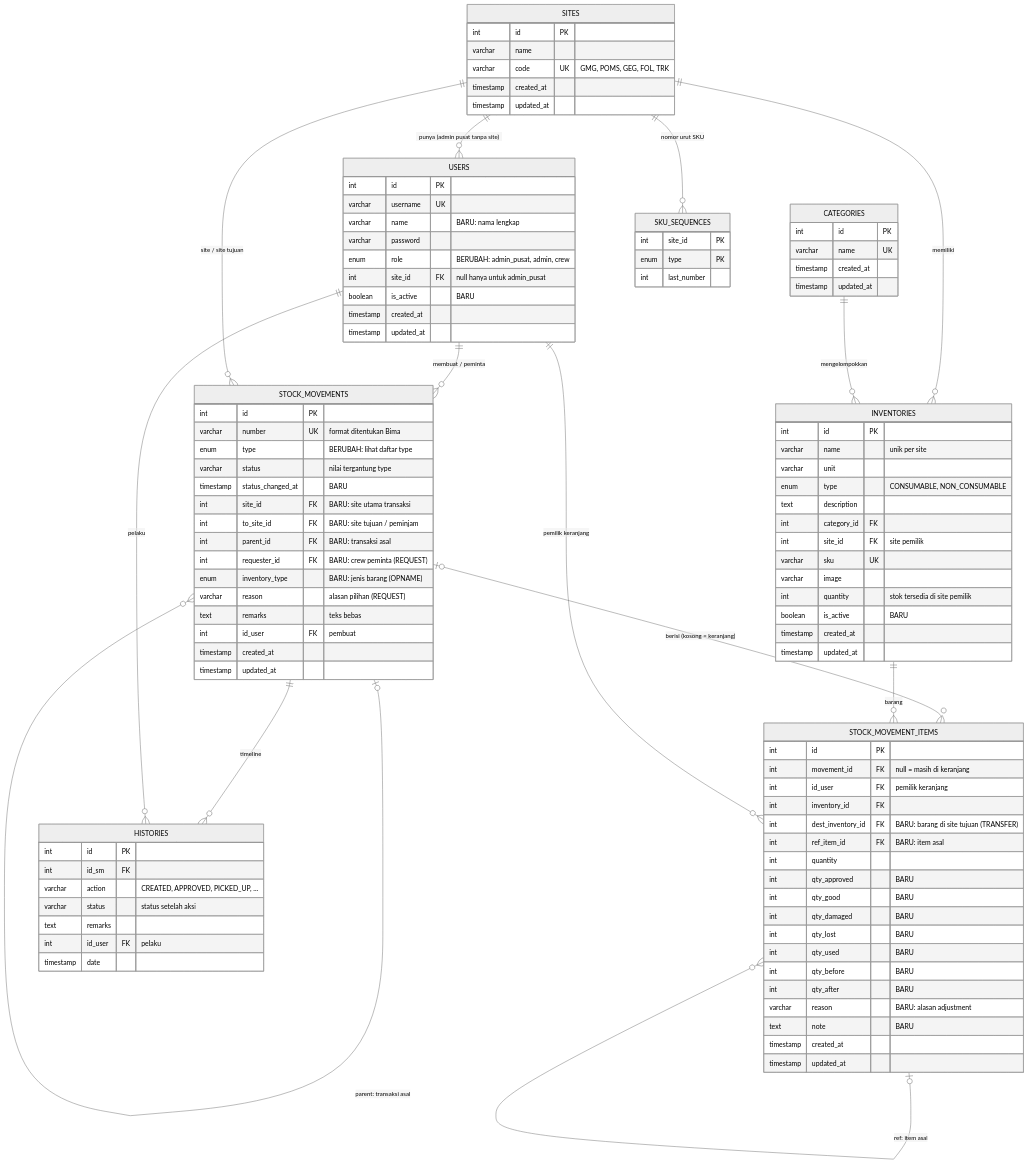
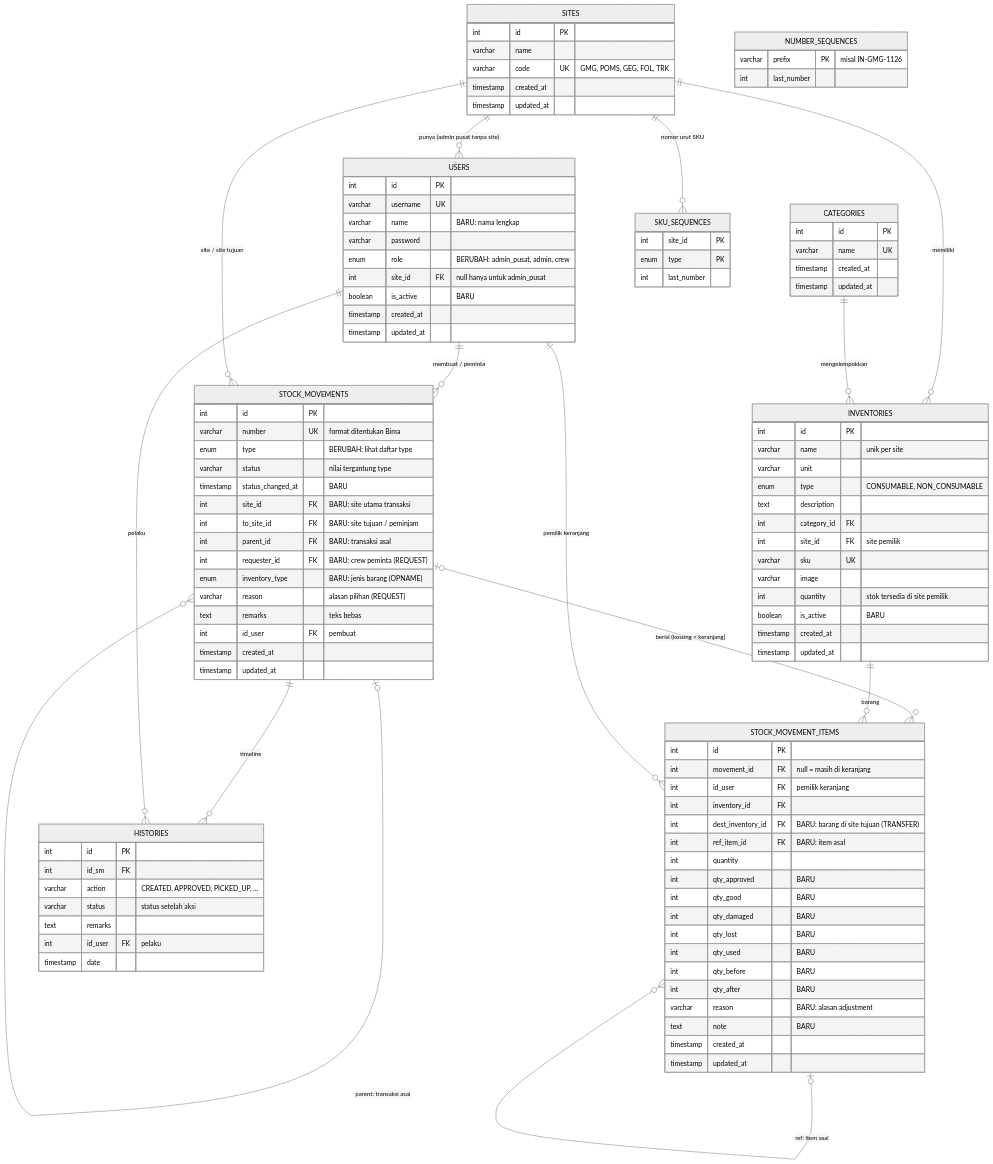
Before and after one commit to bimaandika/inventory-app: the diagram in docs/erd.md, drawn with Mermaid (neutral theme). The commit also changed other lines of this file and 13 other files, not shown here.

```diff
--- a/docs/erd.md
+++ b/docs/erd.md
@@ -66,6 +66,10 @@
     enum type PK
     int last_number
   }
+  NUMBER_SEQUENCES {
+    varchar prefix PK "misal IN-GMG-1126"
+    int last_number
+  }
   STOCK_MOVEMENTS {
     int id PK
     varchar number UK "format ditentukan Bima"
```
